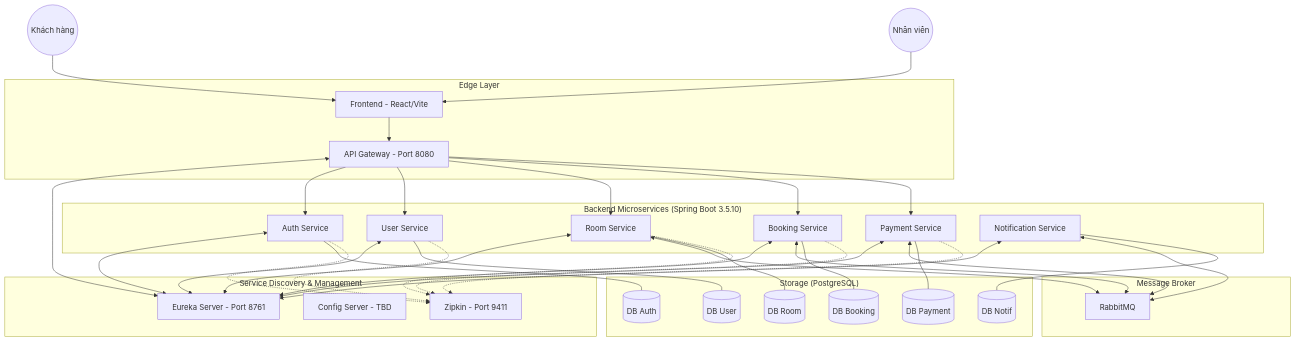
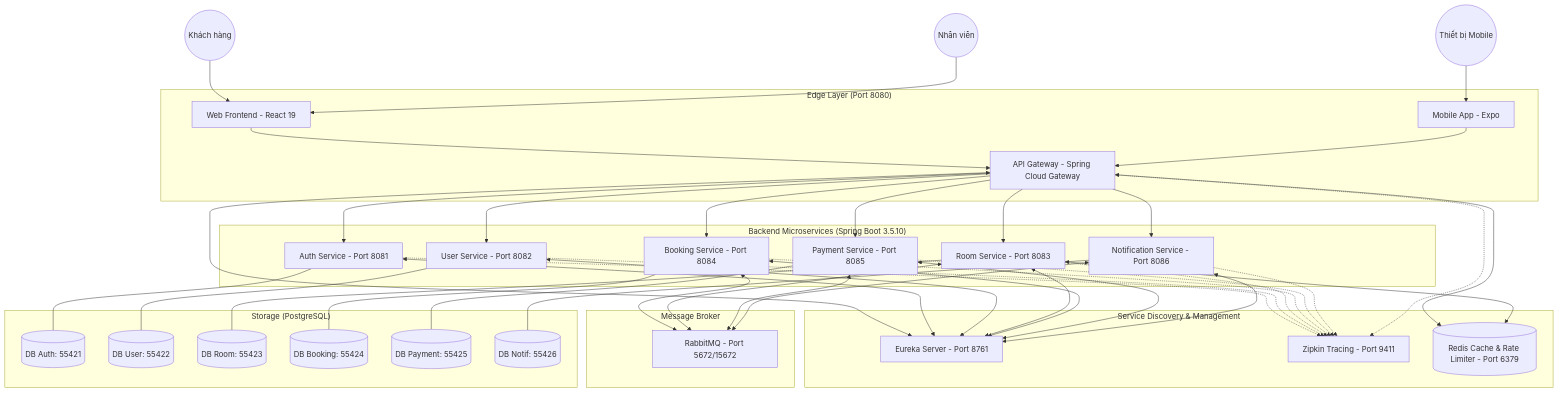
One commit to thaiquo/KTPM_HOTEL_SYSTEM changed the diagram in README.md. Above: the diagram before and after it, drawn with Mermaid. The commit also changed other lines of this file and 10 other files, not shown here.

````diff
--- a/README.md
+++ b/README.md
@@ -11,69 +17,77 @@
 ```mermaid
 graph TD
-    User((Khách hàng)) --> Frontend[Frontend - React/Vite]
-    Staff((Nhân viên)) --> Frontend
+    User((Khách hàng)) --> Web_Frontend[Web Frontend - React 19]
+    Staff((Nhân viên)) --> Web_Frontend
+    Mobile_App((Thiết bị Mobile)) --> Mobile_Expo[Mobile App - Expo]
     
-    subgraph "Edge Layer"
-        Frontend --> GATEWAY[API Gateway - Port 8080]
+    subgraph "Edge Layer (Port 8080)"
+        Web_Frontend --> GATEWAY[API Gateway - Spring Cloud Gateway]
+        Mobile_Expo --> GATEWAY
     end
 
     subgraph "Service Discovery & Management"
         EUREKA[Eureka Server - Port 8761]
-        CONFIG[Config Server - TBD]
-        ZIPKIN[Zipkin - Port 9411]
+        ZIPKIN[Zipkin Tracing - Port 9411]
+        REDIS[(Redis Cache & Rate Limiter - Port 6379)]
     end
 
     subgraph "Backend Microservices (Spring Boot 3.5.10)"
-        AUTH[Auth Service]
-        USER[User Service]
-        ROOM[Room Service]
-        BOOKING[Booking Service]
-        PAYMENT[Payment Service]
-        NOTIF[Notification Service]
+        AUTH[Auth Service - Port 8081]
+        USER[User Service - Port 8082]
+        ROOM[Room Service - Port 8083]
+        BOOKING[Booking Service - Port 8084]
+        PAYMENT[Payment Service - Port 8085]
+        NOTIF[Notification Service - Port 8086]
     end
 
     subgraph "Message Broker"
-        MQ[RabbitMQ]
+        MQ[RabbitMQ - Port 5672/15672]
     end
 
     subgraph "Storage (PostgreSQL)"
-        DB_AUTH[(DB Auth)]
-        DB_USER[(DB User)]
-        DB_ROOM[(DB Room)]
-        DB_BOOKING[(DB Booking)]
-        DB_PAYMENT[(DB Payment)]
-        DB_NOTIF[(DB Notif)]
+        DB_AUTH[(DB Auth: 55421)]
+        DB_USER[(DB User: 55422)]
+        DB_ROOM[(DB Room: 55423)]
+        DB_BOOKING[(DB Booking: 55424)]
+        DB_PAYMENT[(DB Payment: 55425)]
+        DB_NOTIF[(DB Notif: 55426)]
     end
 
     GATEWAY <--> EUREKA
     AUTH <--> EUREKA
     USER <--> EUREKA
     ROOM <--> EUREKA
     BOOKING <--> EUREKA
     PAYMENT <--> EUREKA
     NOTIF <--> EUREKA
 
     GATEWAY --> AUTH
     GATEWAY --> USER
     GATEWAY --> ROOM
     GATEWAY --> BOOKING
     GATEWAY --> PAYMENT
+    GATEWAY --> NOTIF
+
+    GATEWAY <--> REDIS
+    ROOM <--> REDIS
 
     BOOKING <--> MQ
     ROOM <--> MQ
     PAYMENT <--> MQ
     NOTIF <--> MQ
 
     AUTH --- DB_AUTH
     USER --- DB_USER
     ROOM --- DB_ROOM
     BOOKING --- DB_BOOKING
     PAYMENT --- DB_PAYMENT
     NOTIF --- DB_NOTIF
 
     AUTH -.-> ZIPKIN
     USER -.-> ZIPKIN
     ROOM -.-> ZIPKIN
     BOOKING -.-> ZIPKIN
     PAYMENT -.-> ZIPKIN
+    NOTIF -.-> ZIPKIN
+    GATEWAY -.-> ZIPKIN
 ```
````
